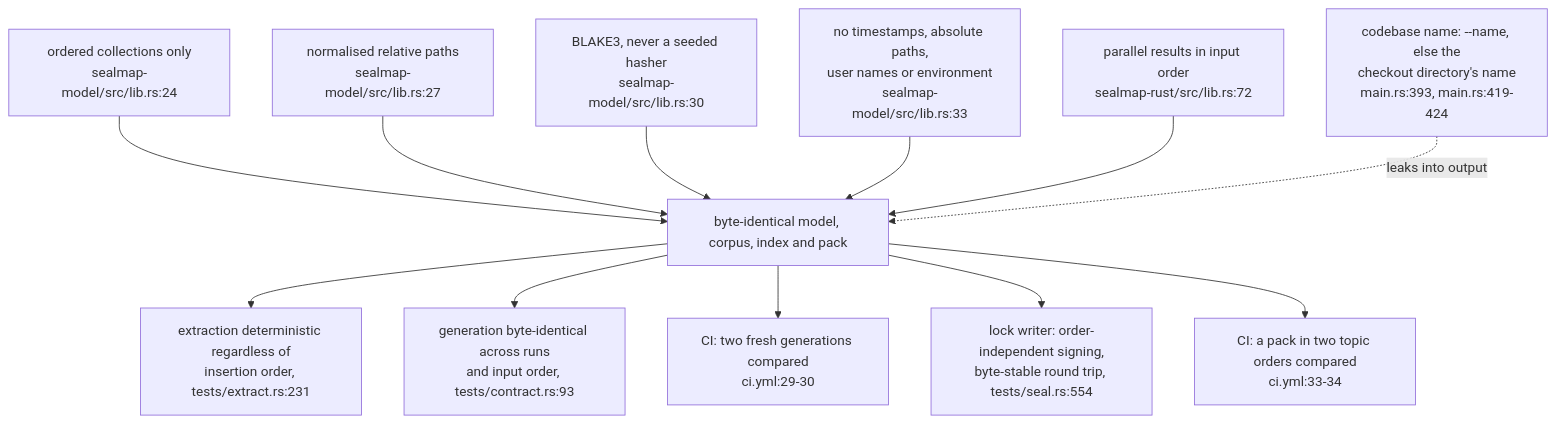
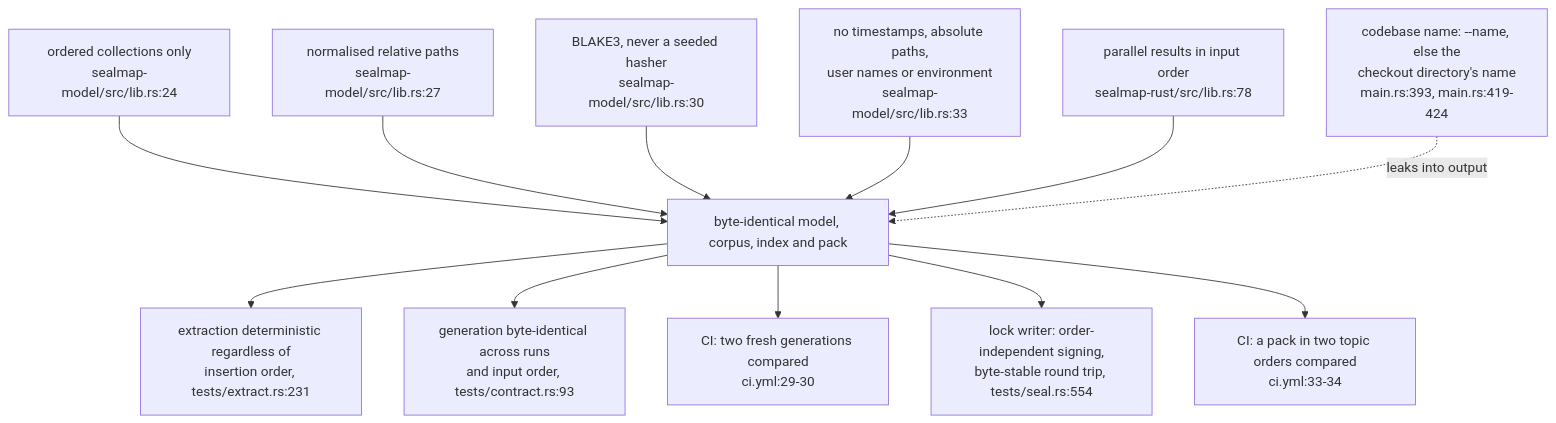
Before and after one commit to DreamLab-AI/codemaid: the third of 5 diagrams in docs/diagrams/delivery/01-ci-msrv-and-determinism.md, drawn with Mermaid. The commit also changed other lines of this file and 21 other files, not shown here.

````diff
--- a/docs/diagrams/delivery/01-ci-msrv-and-determinism.md
+++ b/docs/diagrams/delivery/01-ci-msrv-and-determinism.md
@@ -147,26 +147,26 @@
 ```mermaid
 flowchart TB
     O["ordered collections only<br/>sealmap-model/src/lib.rs:24"]
     P["normalised relative paths<br/>sealmap-model/src/lib.rs:27"]
     H["BLAKE3, never a seeded hasher<br/>sealmap-model/src/lib.rs:30"]
     A["no timestamps, absolute paths,<br/>user names or environment<br/>sealmap-model/src/lib.rs:33"]
-    PO["parallel results in input order<br/>sealmap-rust/src/lib.rs:72"]
+    PO["parallel results in input order<br/>sealmap-rust/src/lib.rs:78"]
     BY["byte-identical model, corpus, index and pack"]
     T1["extraction deterministic regardless of<br/>insertion order, tests/extract.rs:231"]
     T2["generation byte-identical across runs<br/>and input order, tests/contract.rs:93"]
     T3["CI: two fresh generations compared<br/>ci.yml:29-30"]
     T4["lock writer: order-independent signing,<br/>byte-stable round trip, tests/seal.rs:554"]
     T5["CI: a pack in two topic orders compared<br/>ci.yml:33-34"]
     NM["codebase name: --name, else the<br/>checkout directory's name<br/>main.rs:393, main.rs:419-424"]
     O --> BY
     P --> BY
     H --> BY
     A --> BY
     PO --> BY
     BY --> T1
     BY --> T2
     BY --> T3
     BY --> T4
     BY --> T5
     NM -.->|leaks into output| BY
 ```
````
